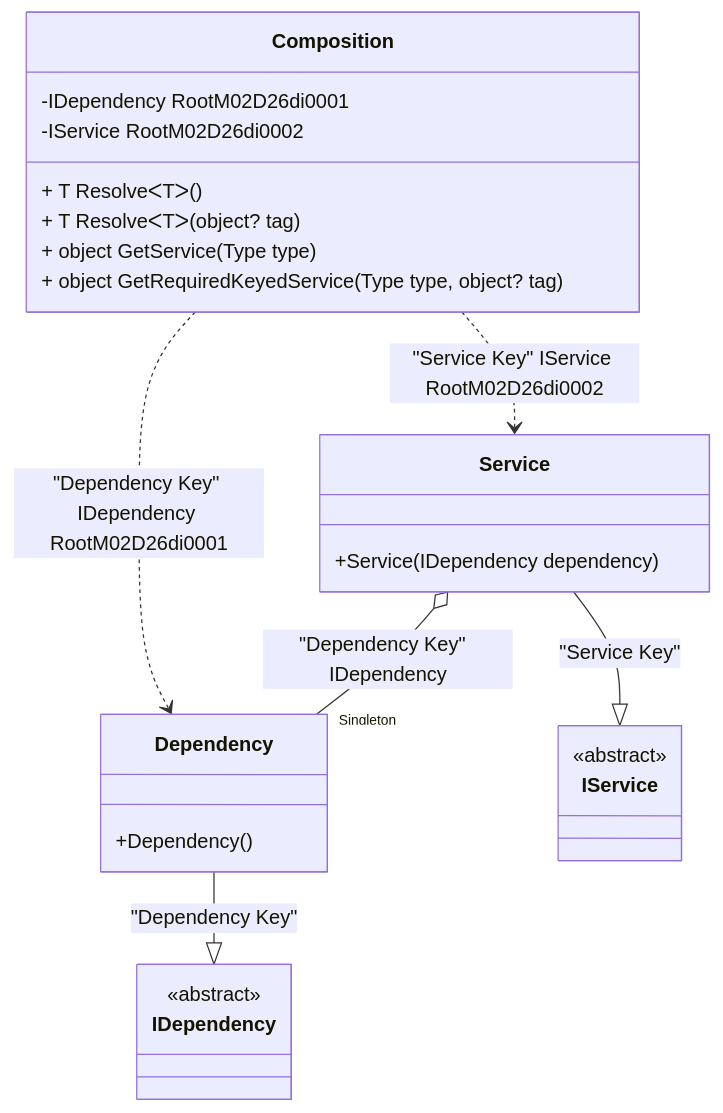
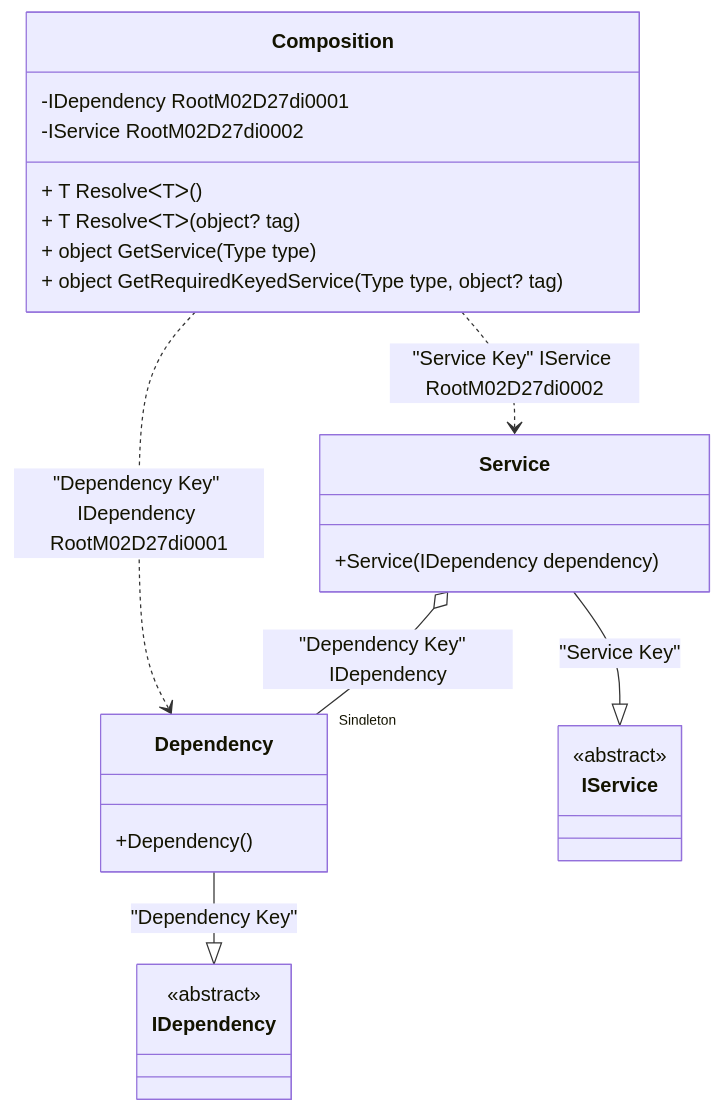
Before and after one commit to DevTeam/Pure.DI: the diagram in readme/keyed-service-provider.md, drawn with Mermaid. The commit also changed other lines of this file and 73 other files, not shown here.

````diff
--- a/readme/keyed-service-provider.md
+++ b/readme/keyed-service-provider.md
@@ -50,28 +50,28 @@
 ```mermaid
 classDiagram
   class Composition {
-    -IDependency RootM02D26di0001
-    -IService RootM02D26di0002
+    -IDependency RootM02D27di0001
+    -IService RootM02D27di0002
     + T ResolveᐸTᐳ()
     + T ResolveᐸTᐳ(object? tag)
     + object GetService(Type type)
     + object GetRequiredKeyedService(Type type, object? tag)
   }
   Dependency --|> IDependency : "Dependency Key" 
   class Dependency {
     +Dependency()
   }
   Service --|> IService : "Service Key" 
   class Service {
     +Service(IDependency dependency)
   }
   class IDependency {
     <<abstract>>
   }
   class IService {
     <<abstract>>
   }
   Service o--  "Singleton" Dependency : "Dependency Key"  IDependency
-  Composition ..> Dependency : "Dependency Key" IDependency RootM02D26di0001
-  Composition ..> Service : "Service Key" IService RootM02D26di0002
+  Composition ..> Dependency : "Dependency Key" IDependency RootM02D27di0001
+  Composition ..> Service : "Service Key" IService RootM02D27di0002
 ```
````
